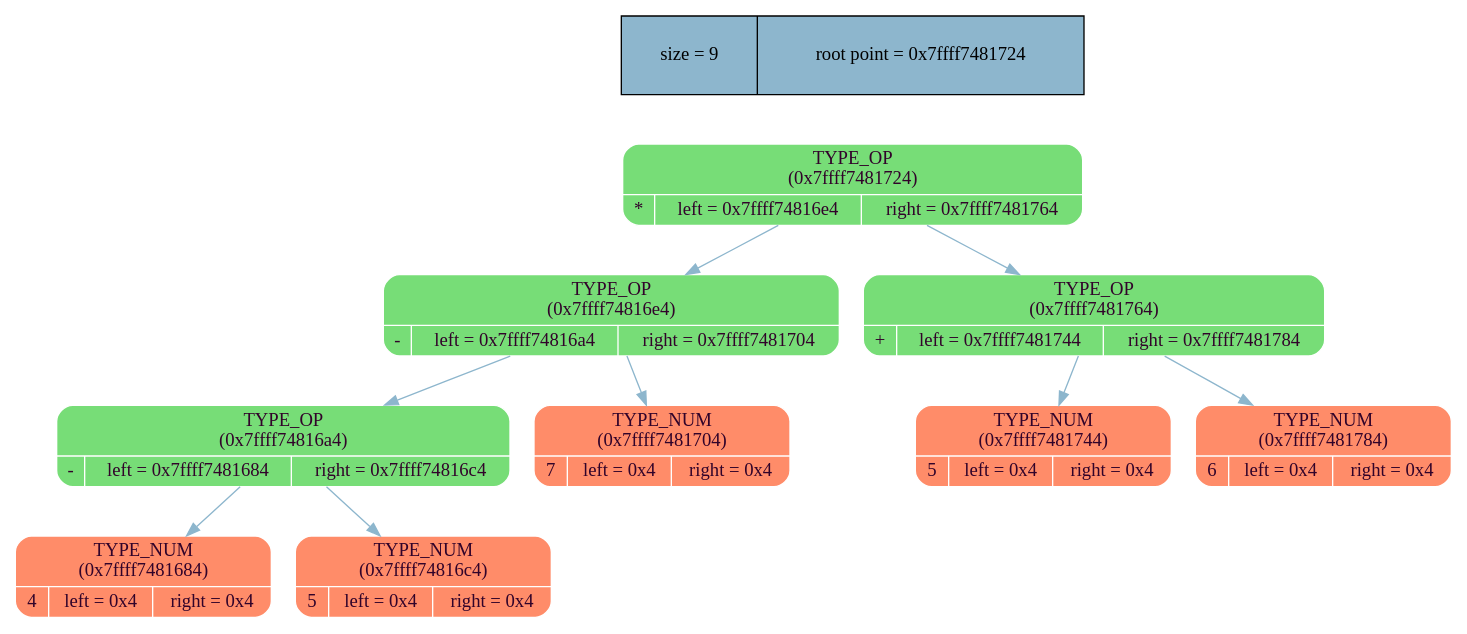
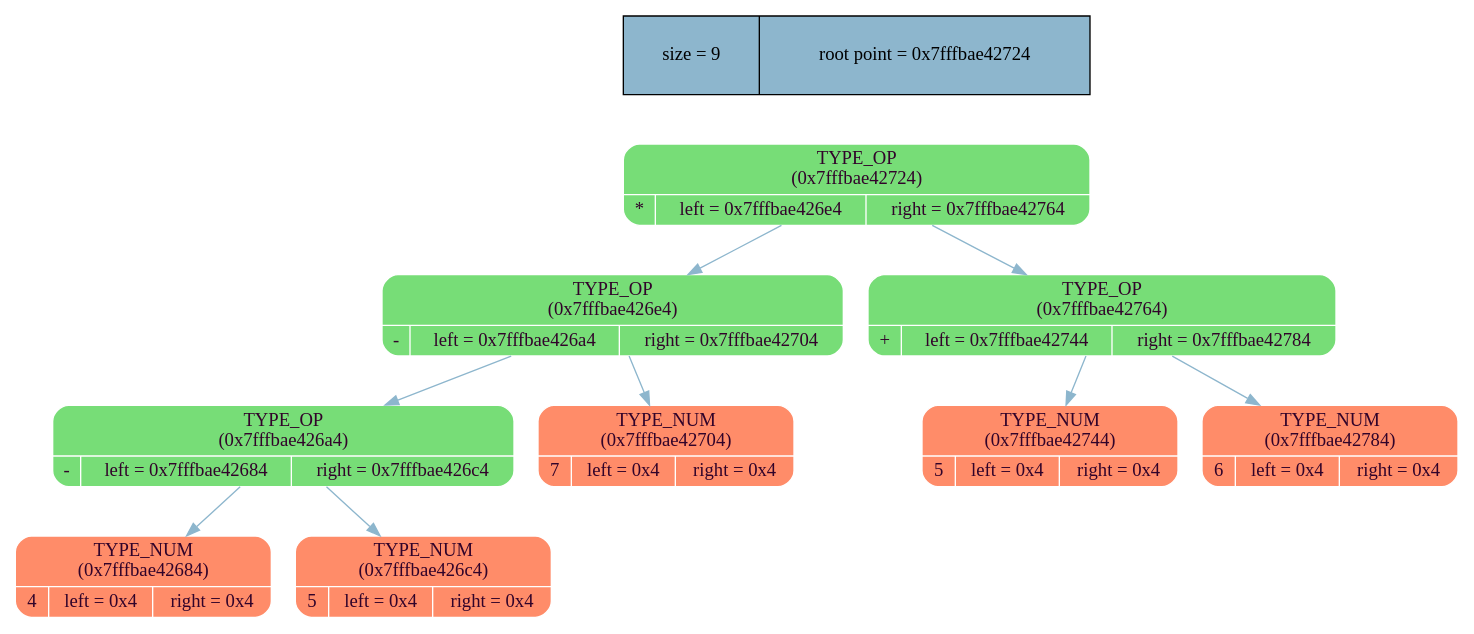
One commit to MaxGroshev/differentiator changed the diagram in dump_info/tree_dump.dot. Above: the diagram before and after it, drawn with Graphviz. The commit also changed 15 other files, not shown here.

```diff
--- a/dump_info/tree_dump.dot
+++ b/dump_info/tree_dump.dot
@@ -1,26 +1,26 @@
 digraph   
 {
 rankdir = ""
 splines = "true"
 
-node_stat [margin = "0.3*0.3", style = "filled", shape = "record", fillcolor = "#8DB6CD" label = " size = 9 | root point = 0x7ffff7481724"]
+node_stat [margin = "0.3*0.3", style = "filled", shape = "record", fillcolor = "#8DB6CD" label = " size = 9 | root point = 0x7fffbae42724"]
 {rank = source; node_stat}
 
-node0x7ffff7481724 [shape = "Mrecord", fillcolor = "#77DD77", style = "filled", fontcolor = "#31032A", fontname = "Calibri", color = "white", label = "{TYPE_OP\n (0x7ffff7481724)| {* |left = 0x7ffff74816e4 |right = 0x7ffff7481764}}"]
-node0x7ffff7481724 -> node0x7ffff74816e4 [color = "#8DB6CD", style = "", constraint = true, fillcolor = "#8DB6CD",   fontcolor = "", fontname = "Calibri", label = ""];
-node0x7ffff74816e4 [shape = "Mrecord", fillcolor = "#77DD77", style = "filled", fontcolor = "#31032A", fontname = "Calibri", color = "white", label = "{TYPE_OP\n (0x7ffff74816e4)| {- |left = 0x7ffff74816a4 |right = 0x7ffff7481704}}"]
-node0x7ffff74816e4 -> node0x7ffff74816a4 [color = "#8DB6CD", style = "", constraint = true, fillcolor = "#8DB6CD",   fontcolor = "", fontname = "Calibri", label = ""];
-node0x7ffff74816a4 [shape = "Mrecord", fillcolor = "#77DD77", style = "filled", fontcolor = "#31032A", fontname = "Calibri", color = "white", label = "{TYPE_OP\n (0x7ffff74816a4)| {- |left = 0x7ffff7481684 |right = 0x7ffff74816c4}}"]
-node0x7ffff74816a4 -> node0x7ffff7481684 [color = "#8DB6CD", style = "", constraint = true, fillcolor = "#8DB6CD",   fontcolor = "", fontname = "Calibri", label = ""];
-node0x7ffff7481684 [shape = "Mrecord", fillcolor = "#FF8C69", style = "filled", fontcolor = "#31032A", fontname = "Calibri", color = "white", label = "{TYPE_NUM\n (0x7ffff7481684)| {4 |left = 0x4 |right = 0x4}}"]
-node0x7ffff74816a4 -> node0x7ffff74816c4 [color = "#8DB6CD", style = "", constraint = true, fillcolor = "#8DB6CD",   fontcolor = "", fontname = "Calibri", label = ""];
-node0x7ffff74816c4 [shape = "Mrecord", fillcolor = "#FF8C69", style = "filled", fontcolor = "#31032A", fontname = "Calibri", color = "white", label = "{TYPE_NUM\n (0x7ffff74816c4)| {5 |left = 0x4 |right = 0x4}}"]
-node0x7ffff74816e4 -> node0x7ffff7481704 [color = "#8DB6CD", style = "", constraint = true, fillcolor = "#8DB6CD",   fontcolor = "", fontname = "Calibri", label = ""];
-node0x7ffff7481704 [shape = "Mrecord", fillcolor = "#FF8C69", style = "filled", fontcolor = "#31032A", fontname = "Calibri", color = "white", label = "{TYPE_NUM\n (0x7ffff7481704)| {7 |left = 0x4 |right = 0x4}}"]
-node0x7ffff7481724 -> node0x7ffff7481764 [color = "#8DB6CD", style = "", constraint = true, fillcolor = "#8DB6CD",   fontcolor = "", fontname = "Calibri", label = ""];
-node0x7ffff7481764 [shape = "Mrecord", fillcolor = "#77DD77", style = "filled", fontcolor = "#31032A", fontname = "Calibri", color = "white", label = "{TYPE_OP\n (0x7ffff7481764)| {+ |left = 0x7ffff7481744 |right = 0x7ffff7481784}}"]
-node0x7ffff7481764 -> node0x7ffff7481744 [color = "#8DB6CD", style = "", constraint = true, fillcolor = "#8DB6CD",   fontcolor = "", fontname = "Calibri", label = ""];
-node0x7ffff7481744 [shape = "Mrecord", fillcolor = "#FF8C69", style = "filled", fontcolor = "#31032A", fontname = "Calibri", color = "white", label = "{TYPE_NUM\n (0x7ffff7481744)| {5 |left = 0x4 |right = 0x4}}"]
-node0x7ffff7481764 -> node0x7ffff7481784 [color = "#8DB6CD", style = "", constraint = true, fillcolor = "#8DB6CD",   fontcolor = "", fontname = "Calibri", label = ""];
-node0x7ffff7481784 [shape = "Mrecord", fillcolor = "#FF8C69", style = "filled", fontcolor = "#31032A", fontname = "Calibri", color = "white", label = "{TYPE_NUM\n (0x7ffff7481784)| {6 |left = 0x4 |right = 0x4}}"]
+node0x7fffbae42724 [shape = "Mrecord", fillcolor = "#77DD77", style = "filled", fontcolor = "#31032A", fontname = "Calibri", color = "white", label = "{TYPE_OP\n (0x7fffbae42724)| {* |left = 0x7fffbae426e4 |right = 0x7fffbae42764}}"]
+node0x7fffbae42724 -> node0x7fffbae426e4 [color = "#8DB6CD", style = "", constraint = true, fillcolor = "#8DB6CD",   fontcolor = "", fontname = "Calibri", label = ""];
+node0x7fffbae426e4 [shape = "Mrecord", fillcolor = "#77DD77", style = "filled", fontcolor = "#31032A", fontname = "Calibri", color = "white", label = "{TYPE_OP\n (0x7fffbae426e4)| {- |left = 0x7fffbae426a4 |right = 0x7fffbae42704}}"]
+node0x7fffbae426e4 -> node0x7fffbae426a4 [color = "#8DB6CD", style = "", constraint = true, fillcolor = "#8DB6CD",   fontcolor = "", fontname = "Calibri", label = ""];
+node0x7fffbae426a4 [shape = "Mrecord", fillcolor = "#77DD77", style = "filled", fontcolor = "#31032A", fontname = "Calibri", color = "white", label = "{TYPE_OP\n (0x7fffbae426a4)| {- |left = 0x7fffbae42684 |right = 0x7fffbae426c4}}"]
+node0x7fffbae426a4 -> node0x7fffbae42684 [color = "#8DB6CD", style = "", constraint = true, fillcolor = "#8DB6CD",   fontcolor = "", fontname = "Calibri", label = ""];
+node0x7fffbae42684 [shape = "Mrecord", fillcolor = "#FF8C69", style = "filled", fontcolor = "#31032A", fontname = "Calibri", color = "white", label = "{TYPE_NUM\n (0x7fffbae42684)| {4 |left = 0x4 |right = 0x4}}"]
+node0x7fffbae426a4 -> node0x7fffbae426c4 [color = "#8DB6CD", style = "", constraint = true, fillcolor = "#8DB6CD",   fontcolor = "", fontname = "Calibri", label = ""];
+node0x7fffbae426c4 [shape = "Mrecord", fillcolor = "#FF8C69", style = "filled", fontcolor = "#31032A", fontname = "Calibri", color = "white", label = "{TYPE_NUM\n (0x7fffbae426c4)| {5 |left = 0x4 |right = 0x4}}"]
+node0x7fffbae426e4 -> node0x7fffbae42704 [color = "#8DB6CD", style = "", constraint = true, fillcolor = "#8DB6CD",   fontcolor = "", fontname = "Calibri", label = ""];
+node0x7fffbae42704 [shape = "Mrecord", fillcolor = "#FF8C69", style = "filled", fontcolor = "#31032A", fontname = "Calibri", color = "white", label = "{TYPE_NUM\n (0x7fffbae42704)| {7 |left = 0x4 |right = 0x4}}"]
+node0x7fffbae42724 -> node0x7fffbae42764 [color = "#8DB6CD", style = "", constraint = true, fillcolor = "#8DB6CD",   fontcolor = "", fontname = "Calibri", label = ""];
+node0x7fffbae42764 [shape = "Mrecord", fillcolor = "#77DD77", style = "filled", fontcolor = "#31032A", fontname = "Calibri", color = "white", label = "{TYPE_OP\n (0x7fffbae42764)| {+ |left = 0x7fffbae42744 |right = 0x7fffbae42784}}"]
+node0x7fffbae42764 -> node0x7fffbae42744 [color = "#8DB6CD", style = "", constraint = true, fillcolor = "#8DB6CD",   fontcolor = "", fontname = "Calibri", label = ""];
+node0x7fffbae42744 [shape = "Mrecord", fillcolor = "#FF8C69", style = "filled", fontcolor = "#31032A", fontname = "Calibri", color = "white", label = "{TYPE_NUM\n (0x7fffbae42744)| {5 |left = 0x4 |right = 0x4}}"]
+node0x7fffbae42764 -> node0x7fffbae42784 [color = "#8DB6CD", style = "", constraint = true, fillcolor = "#8DB6CD",   fontcolor = "", fontname = "Calibri", label = ""];
+node0x7fffbae42784 [shape = "Mrecord", fillcolor = "#FF8C69", style = "filled", fontcolor = "#31032A", fontname = "Calibri", color = "white", label = "{TYPE_NUM\n (0x7fffbae42784)| {6 |left = 0x4 |right = 0x4}}"]
 }
```
